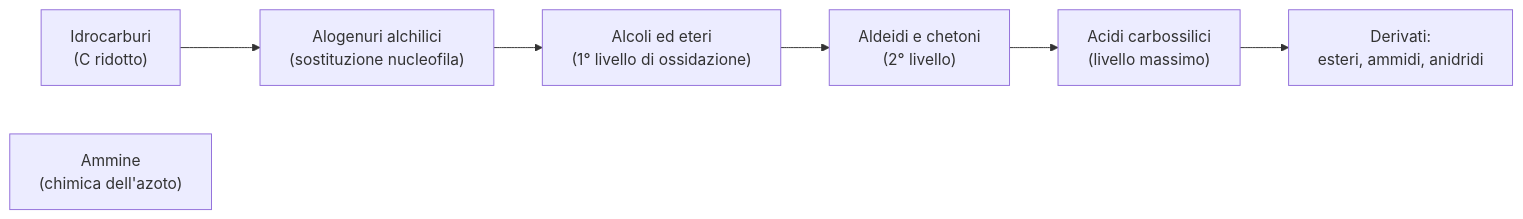
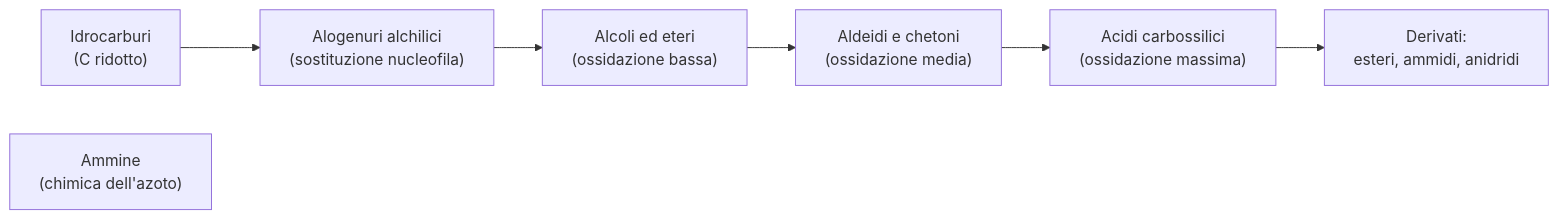
One commit to nadiadba/nadia-secondbrain changed the diagram in docs/scienze/c3-derivati-idrocarburi.md. Above: the diagram before and after it, drawn with Mermaid. The commit also changed other lines of this file and 7 other files, not shown here.

````diff
--- a/docs/scienze/c3-derivati-idrocarburi.md
+++ b/docs/scienze/c3-derivati-idrocarburi.md
@@ -77,9 +91,9 @@
 ```mermaid
 flowchart LR
     A["Idrocarburi<br/>(C ridotto)"] --> B["Alogenuri alchilici<br/>(sostituzione nucleofila)"]
-    B --> C["Alcoli ed eteri<br/>(1° livello di ossidazione)"]
-    C --> D["Aldeidi e chetoni<br/>(2° livello)"]
-    D --> E["Acidi carbossilici<br/>(livello massimo)"]
+    B --> C["Alcoli ed eteri<br/>(ossidazione bassa)"]
+    C --> D["Aldeidi e chetoni<br/>(ossidazione media)"]
+    D --> E["Acidi carbossilici<br/>(ossidazione massima)"]
     E --> F["Derivati:<br/>esteri, ammidi, anidridi"]
     G["Ammine<br/>(chimica dell'azoto)"]
 ```
````
